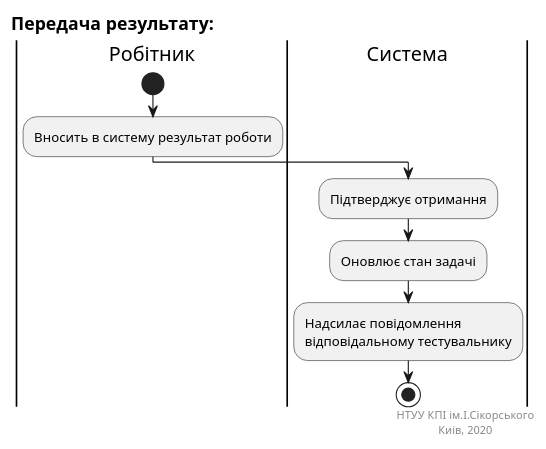
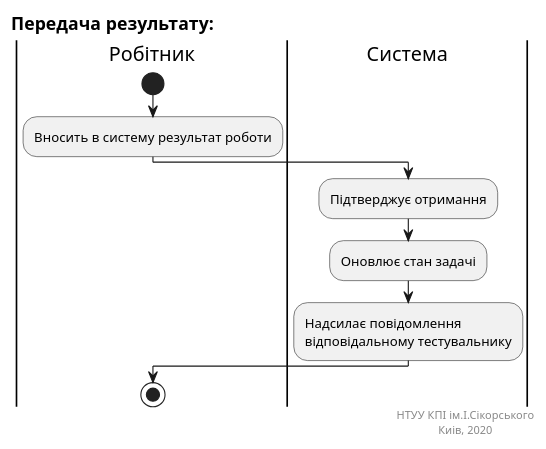
Before and after one commit to Jirobus/Core: the diagram in docs/puml/resolveTask.puml, drawn with PlantUML. The commit also changed 10 other files, not shown here.

Commit message:
Use cases sequence logic fixed and removed prerender

```diff
--- a/docs/puml/resolveTask.puml
+++ b/docs/puml/resolveTask.puml
@@ -1,22 +1,24 @@
 @startuml resolveTaskUC
 
 left header
 <font size=16 color=black><b>Передача результату:</b> 
 end header
 
 |Робітник|
 start
 :Вносить в систему результат роботи;
 
 |Система|
 :Підтверджує отримання;
 :Оновлює стан задачі;
 :Надсилає повідомлення
 відповідальному тестувальнику;
+
+|Робітник|
 stop
 
 right footer
 НТУУ КПІ ім.І.Сікорського
 Киів, 2020 
 end footer
 @enduml
```
